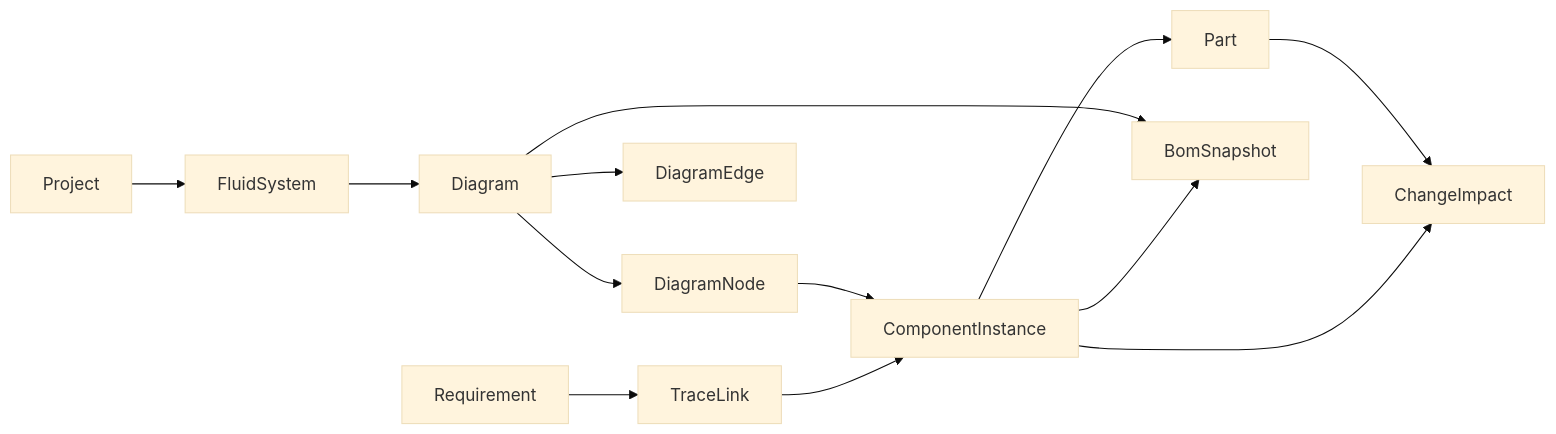
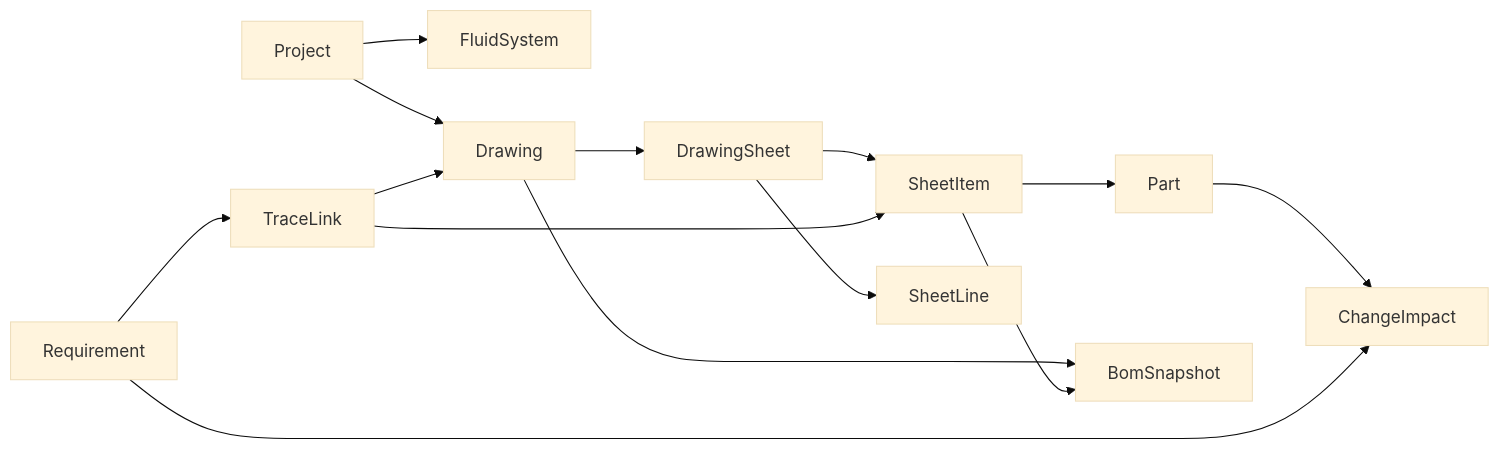
Before and after one commit to luiserpenbach/FSDP: the second of 3 diagrams in docs/architecture.md, drawn with Mermaid (base theme). The commit also changed other lines of this file and 3 other files, not shown here.

````diff
--- a/docs/architecture.md
+++ b/docs/architecture.md
@@ -22,15 +22,16 @@
 ```mermaid
 flowchart LR
   Project --> FluidSystem
-  FluidSystem --> Diagram
-  Diagram --> DiagramNode
-  Diagram --> DiagramEdge
-  DiagramNode --> ComponentInstance
-  ComponentInstance --> Part
+  Project --> Drawing
+  Drawing --> DrawingSheet
+  DrawingSheet --> SheetItem
+  DrawingSheet --> SheetLine
+  SheetItem --> Part
   Requirement --> TraceLink
-  TraceLink --> ComponentInstance
-  Diagram --> BomSnapshot
-  ComponentInstance --> BomSnapshot
+  TraceLink --> SheetItem
+  TraceLink --> Drawing
+  Drawing --> BomSnapshot
+  SheetItem --> BomSnapshot
   Part --> ChangeImpact
-  ComponentInstance --> ChangeImpact
+  Requirement --> ChangeImpact
 ```
````
